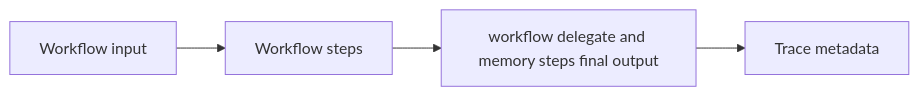
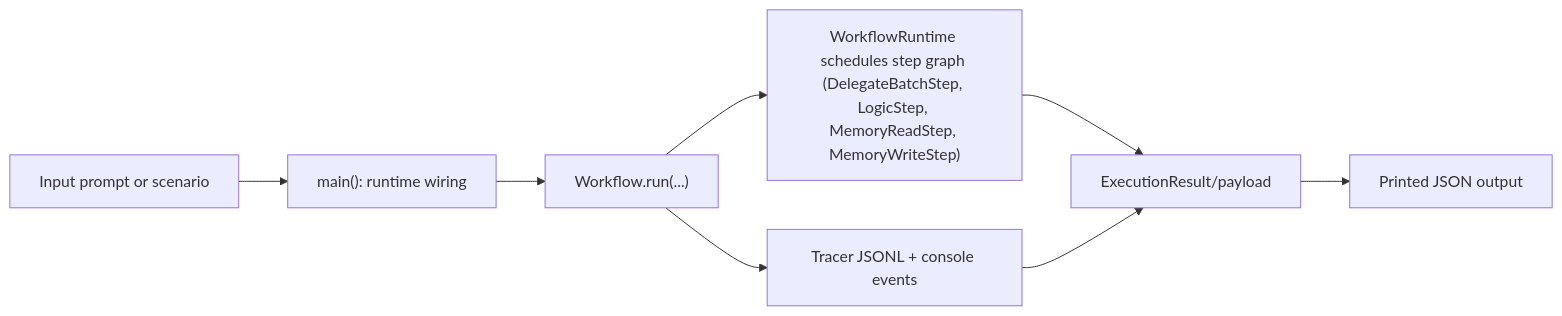
Before and after one commit to cmudrc/design-research-agents: the diagram in docs/examples/workflow/workflow_delegate_and_memory_steps.rst, drawn with Mermaid. The commit also changed other lines of this file and 83 other files, not shown here.

```diff
--- a/docs/examples/workflow/workflow_delegate_and_memory_steps.rst
+++ b/docs/examples/workflow/workflow_delegate_and_memory_steps.rst
@@ -21,6 +22,10 @@
 .. mermaid::
 
    flowchart LR
-       A["Workflow input"] --> B["Workflow steps"]
-       B --> C["workflow delegate and memory steps final output"]
-       C --> D["Trace metadata"]
+       A["Input prompt or scenario"] --> B["main(): runtime wiring"]
+       B --> C["Workflow.run(...)"]
+       C --> D["WorkflowRuntime schedules step graph (DelegateBatchStep, LogicStep, MemoryReadStep, MemoryWriteStep)"]
+       C --> E["Tracer JSONL + console events"]
+       D --> F["ExecutionResult/payload"]
+       E --> F
+       F --> G["Printed JSON output"]
```
